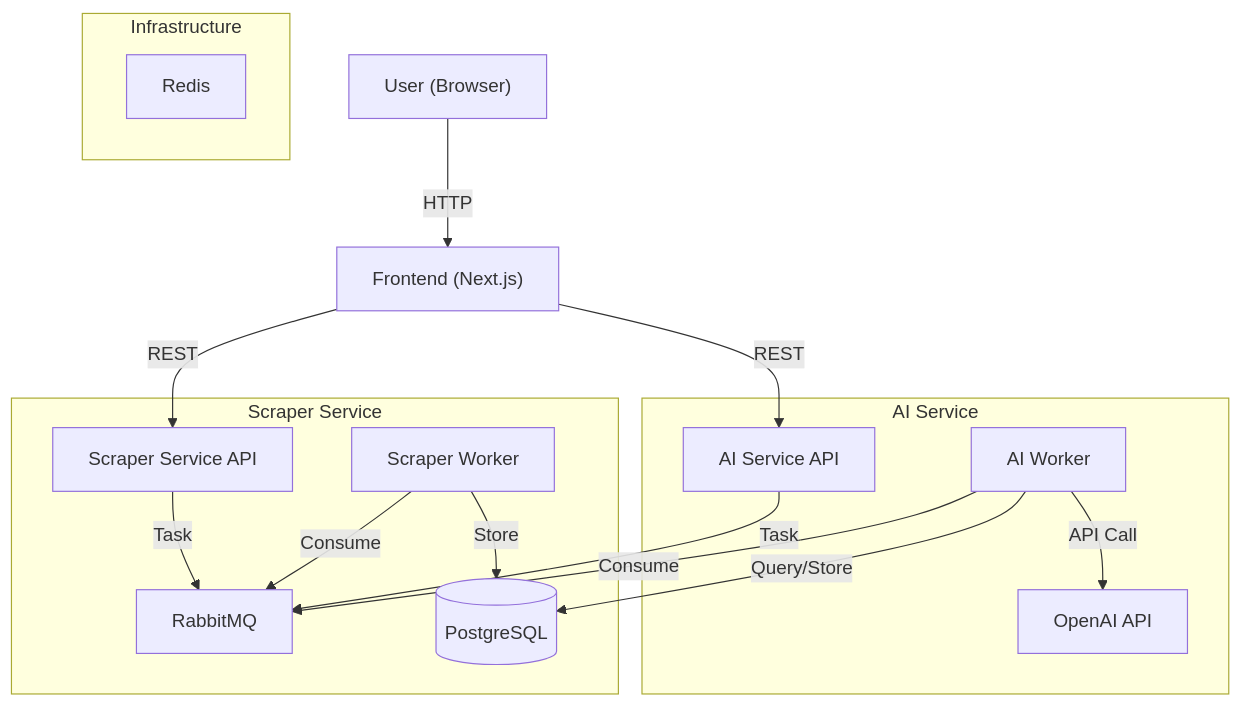
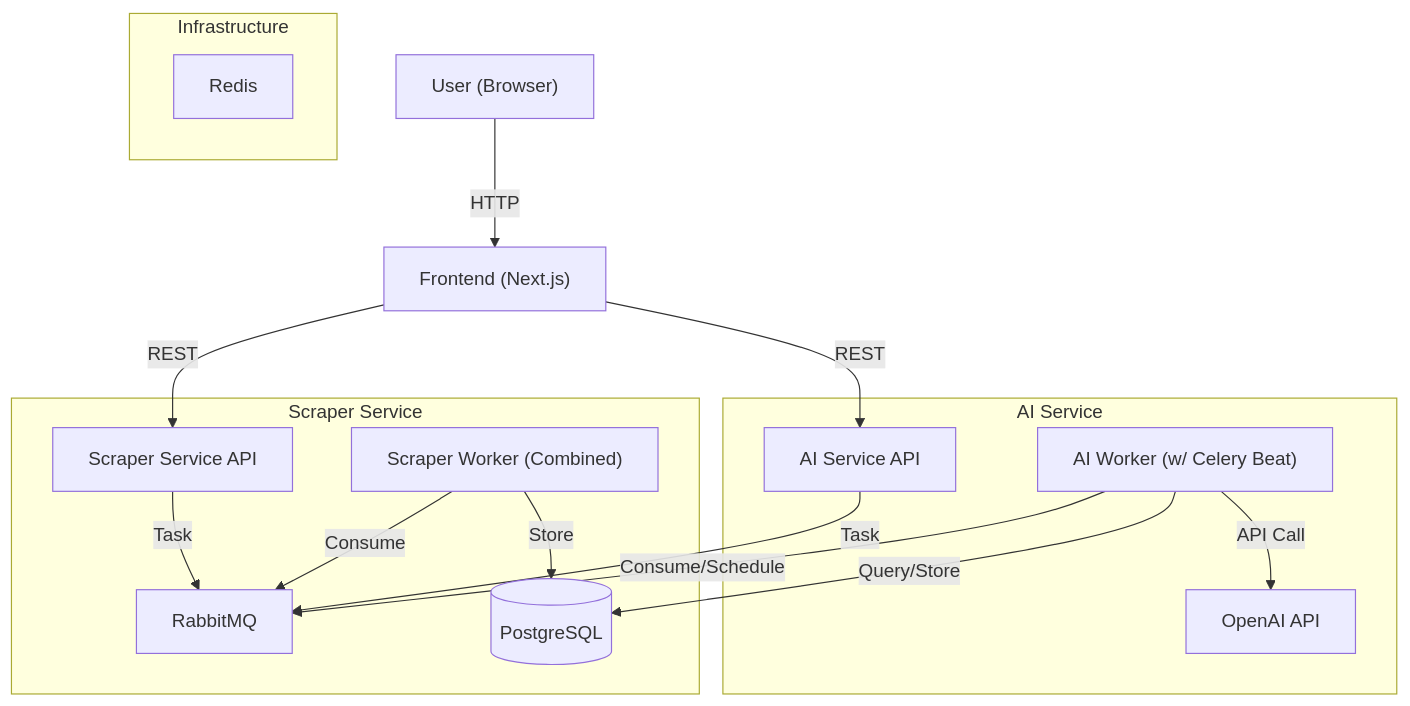
The diagram in README.MD (code-by-fh/ai-job-analyzer), drawn with Mermaid before and after one commit. The commit also changed other lines of this file and 22 other files, not shown here.

Commit message:
feat: Implement core job agent functionality with scraper and AI services, Celery task orchestration, and a frontend for managing job crawls.

````diff
--- a/README.MD
+++ b/README.MD
@@ -39,25 +39,25 @@
 ```mermaid
 graph TD
     User["User (Browser)"] -->|HTTP| Frontend["Frontend (Next.js)"]
     Frontend -->|REST| ScraperAPI["Scraper Service API"]
     Frontend -->|REST| AIAPI["AI Service API"]
     
     subgraph "Scraper Service"
         ScraperAPI -->|Task| RabbitMQ
-        ScraperWorker["Scraper Worker"] -->|Consume| RabbitMQ
+        ScraperWorker["Scraper Worker (Combined)"] -->|Consume| RabbitMQ
         ScraperWorker -->|Store| DB[("PostgreSQL")]
     end
     
     subgraph "AI Service"
         AIAPI -->|Task| RabbitMQ
-        AIWorker["AI Worker"] -->|Consume| RabbitMQ
+        AIWorker["AI Worker (w/ Celery Beat)"] -->|Consume/Schedule| RabbitMQ
         AIWorker -->|Query/Store| DB
         AIWorker -->|API Call| OpenAI["OpenAI API"]
     end
     
     subgraph "Infrastructure"
         RabbitMQ
         Redis
         DB
     end
 ```
````
